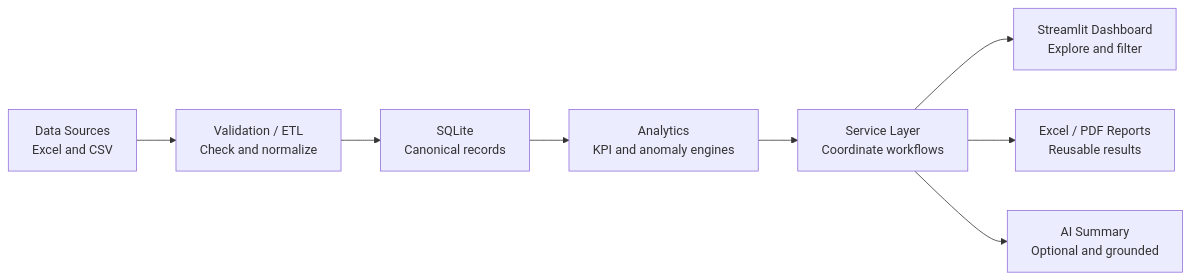
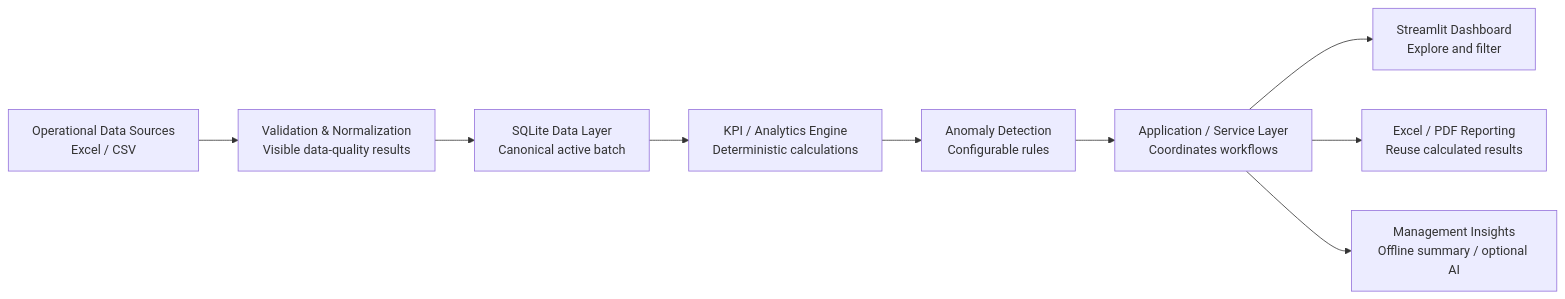
The diagram in docs/portfolio/PORTFOLIO_RELEASE_PACKAGE.md (lan995173441/manufacturing-operations-intelligence), drawn with Mermaid before and after one commit. The commit also changed other lines of this file and 4 other files, not shown here.

````diff
--- a/docs/portfolio/PORTFOLIO_RELEASE_PACKAGE.md
+++ b/docs/portfolio/PORTFOLIO_RELEASE_PACKAGE.md
@@ -189,10 +66,11 @@
 ```mermaid
 flowchart LR
-    A[Data Sources<br/>Excel and CSV] --> B[Validation / ETL<br/>Check and normalize]
-    B --> C[SQLite<br/>Canonical records]
-    C --> D[Analytics<br/>KPI and anomaly engines]
-    D --> E[Service Layer<br/>Coordinate workflows]
-    E --> F[Streamlit Dashboard<br/>Explore and filter]
-    E --> G[Excel / PDF Reports<br/>Reusable results]
-    E --> H[AI Summary<br/>Optional and grounded]
+    A[Operational Data Sources<br/>Excel / CSV] --> B[Validation & Normalization<br/>Visible data-quality results]
+    B --> C[SQLite Data Layer<br/>Canonical active batch]
+    C --> D[KPI / Analytics Engine<br/>Deterministic calculations]
+    D --> E[Anomaly Detection<br/>Configurable rules]
+    E --> F[Application / Service Layer<br/>Coordinates workflows]
+    F --> G[Streamlit Dashboard<br/>Explore and filter]
+    F --> H[Excel / PDF Reporting<br/>Reuse calculated results]
+    F --> I[Management Insights<br/>Offline summary / optional AI]
 ```
````
